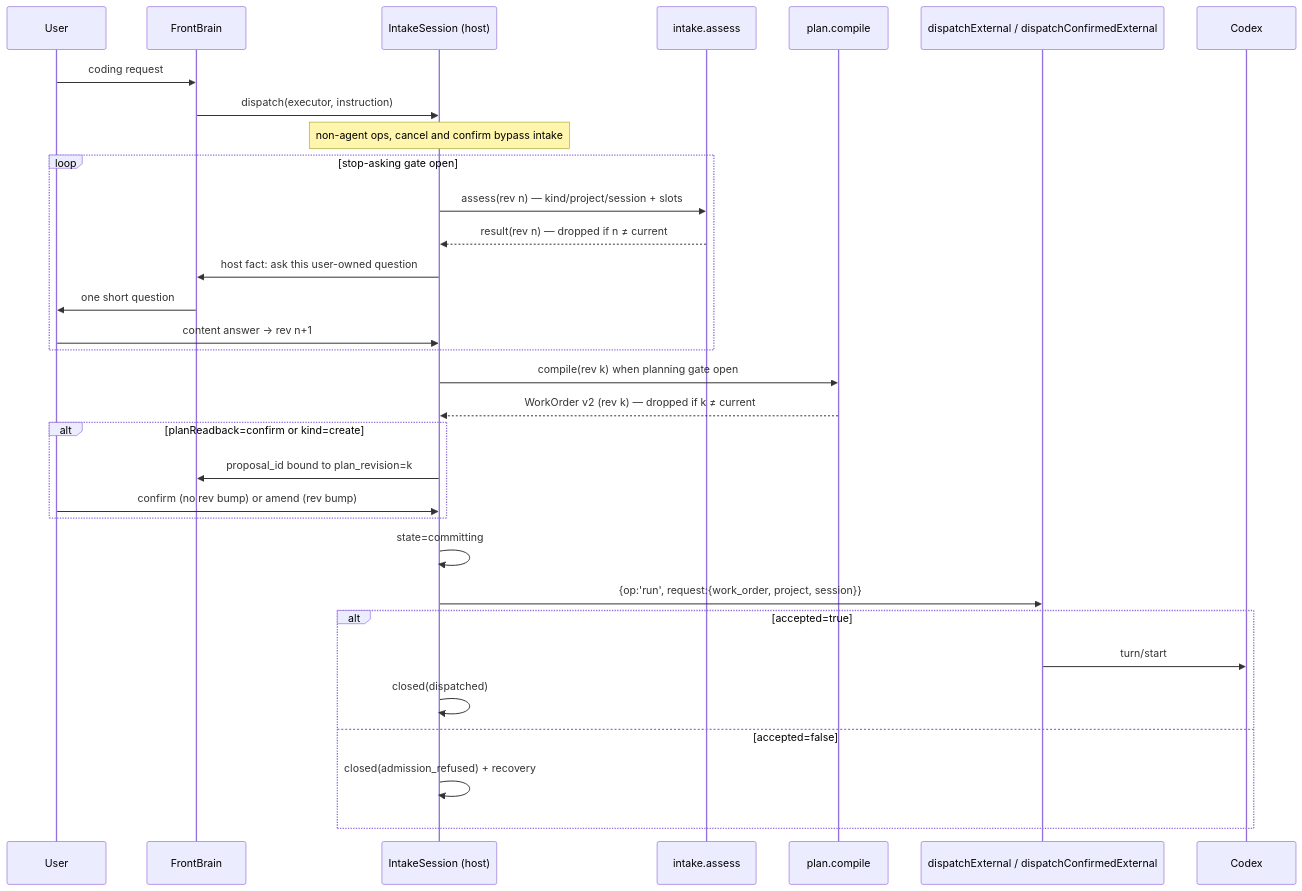
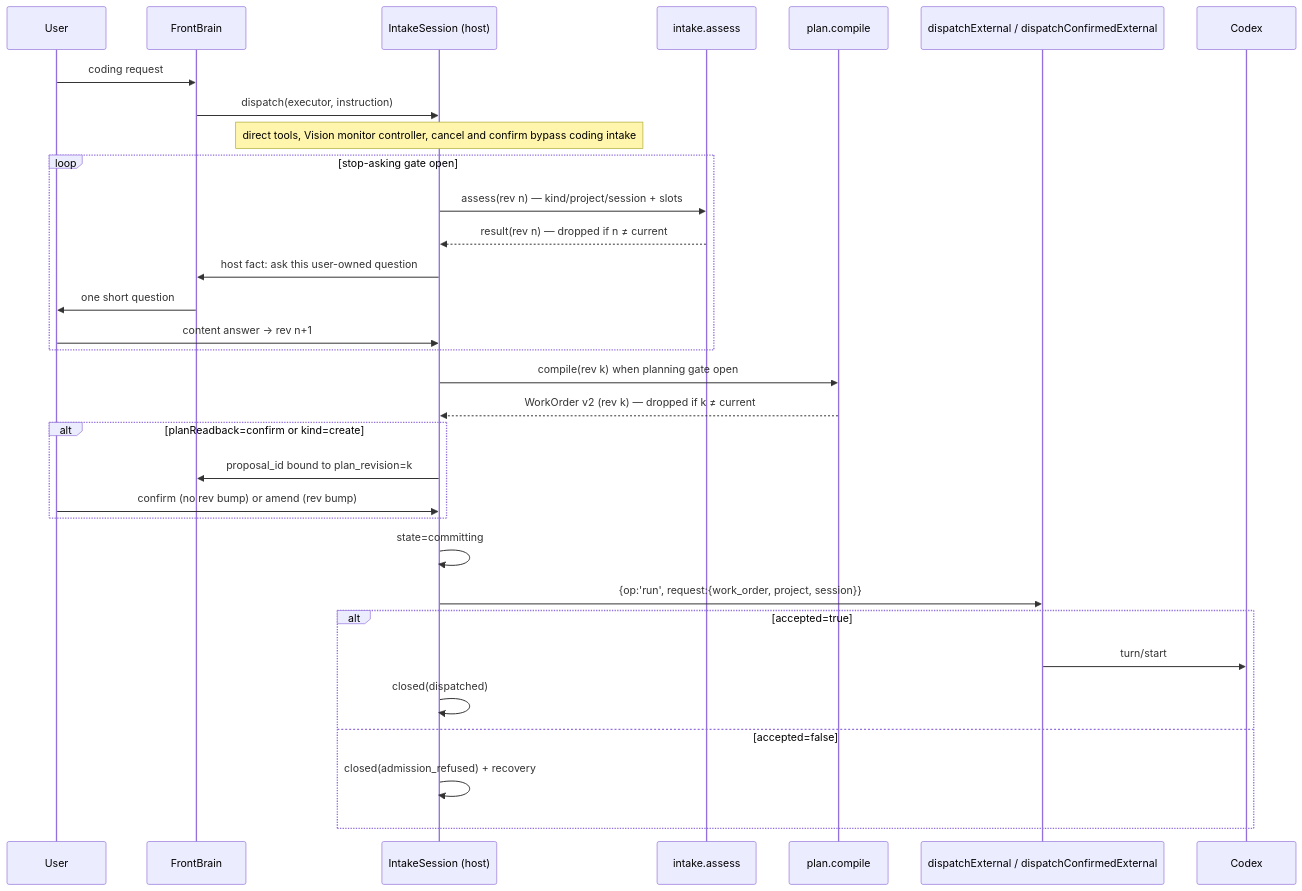
One commit to deepnovacore/NovaAudioAgent changed the diagram in docs/specs/v0.2.0/02-intake-and-planning.md. Above: the diagram before and after it, drawn with Mermaid. The commit also changed other lines of this file and 2 other files, not shown here.

Commit message:
docs: sync intake and approval boundaries

````diff
--- a/docs/specs/v0.2.0/02-intake-and-planning.md
+++ b/docs/specs/v0.2.0/02-intake-and-planning.md
@@ -386,35 +396,35 @@
 ```mermaid
 sequenceDiagram
   participant User
   participant FrontBrain
   participant Intake as IntakeSession (host)
   participant Assess as intake.assess
   participant Plan as plan.compile
   participant Runtime as dispatchExternal / dispatchConfirmedExternal
   participant Codex
 
   User->>FrontBrain: coding request
   FrontBrain->>Intake: dispatch(executor, instruction)
-  Note over Intake: non-agent ops, cancel and confirm bypass intake
+  Note over Intake: direct tools, Vision monitor controller, cancel and confirm bypass coding intake
   loop stop-asking gate open
     Intake->>Assess: assess(rev n) — kind/project/session + slots
     Assess-->>Intake: result(rev n) — dropped if n ≠ current
     Intake->>FrontBrain: host fact: ask this user-owned question
     FrontBrain->>User: one short question
     User->>Intake: content answer → rev n+1
   end
   Intake->>Plan: compile(rev k) when planning gate open
   Plan-->>Intake: WorkOrder v2 (rev k) — dropped if k ≠ current
   alt planReadback=confirm or kind=create
     Intake->>FrontBrain: proposal_id bound to plan_revision=k
     User->>Intake: confirm (no rev bump) or amend (rev bump)
   end
   Intake->>Intake: state=committing
   Intake->>Runtime: {op:'run', request:{work_order, project, session}}
   alt accepted=true
     Runtime->>Codex: turn/start
     Intake->>Intake: closed(dispatched)
   else accepted=false
     Intake->>Intake: closed(admission_refused) + recovery
   end
 ```
````
